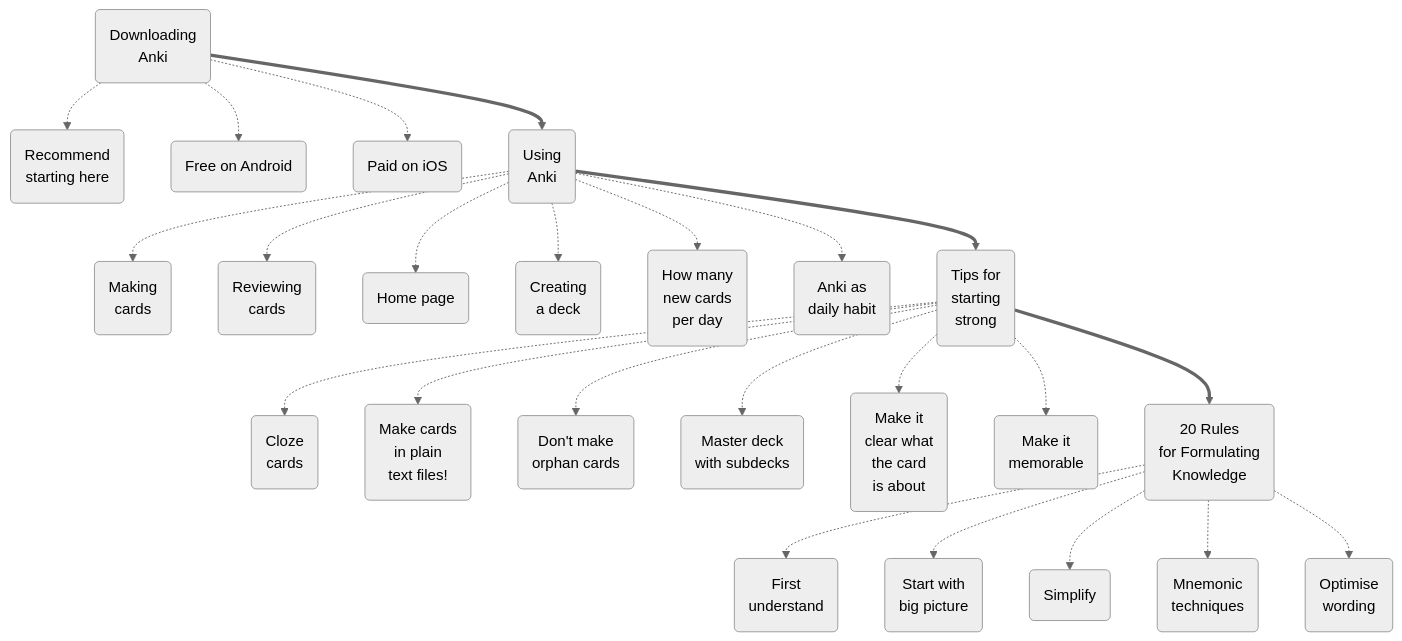
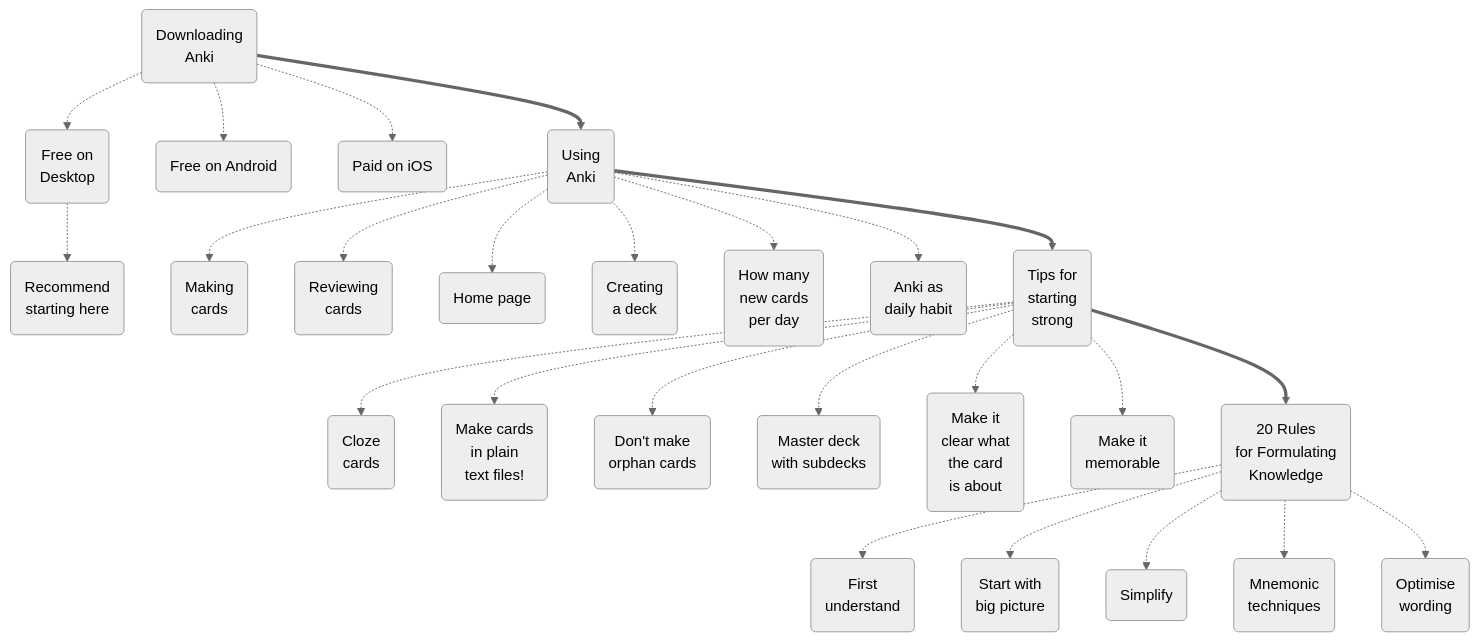
The diagram in _posts/2021-10-16-key3.md (alexanderklarge/alex-cayman-theme), drawn with Mermaid (neutral theme) before and after one commit. The commit also changed 3 other files, not shown here.

Commit message:
Fixed error in mermaid chart, and potentially fixed about page?

```diff
--- a/_posts/2021-10-16-key3.md
+++ b/_posts/2021-10-16-key3.md
@@ -14,56 +14,57 @@
 <div class="mermaid">
     graph TD
     id1(Downloading<br>Anki)
     id1_1(Free on<br>Desktop)
-    id1_1(Recommend<br>starting here)
+    id1_1_1(Recommend<br>starting here)
     id1_2(Free on Android)
     id1_3(Paid on iOS)
     
     id2(Using<br>Anki)
     id2_1(Making<br>cards)
     id2_2(Reviewing<br>cards)
     id2_3(Home page)
     id2_4(Creating<br>a deck)
     id2_5(How many<br>new cards<br>per day)
     id2_6(Anki as<br>daily habit)
     
     id3(Tips for<br>starting<br>strong)
     id3_1(Cloze<br>cards)
     id3_2(Make cards<br>in plain<br>text files!)
     id3_3(Don't make<br>orphan cards)
     id3_4(Master deck<br>with subdecks)
     id3_5(Make it<br>clear what<br>the card<br>is about)
     id3_6(Make it<br>memorable)
     
     id4(20 Rules<br>for Formulating<br>Knowledge)
     id4_1(First<br>understand)
     id4_2(Start with<br>big picture)
     id4_3(Simplify)
     id4_4(Mnemonic<br>techniques)
     id4_5(Optimise<br>wording)
     
     id1 -.-> id1_1 
+    id1_1 -.-> id1_1_1
     id1 -.-> id1_2
     id1 -.-> id1_3
     id1 ==> id2
     id2 -.-> id2_1
     id2 -.-> id2_2
     id2 -.-> id2_3
     id2 -.-> id2_4
     id2 -.-> id2_5
     id2 -.-> id2_6
     id2 ==> id3
     id3 -.-> id3_1
     id3 -.-> id3_2
     id3 -.-> id3_3
     id3 -.-> id3_4
     id3 -.-> id3_5
     id3 -.-> id3_6
     id3 ==> id4
     id4 -.-> id4_1
     id4 -.-> id4_2
     id4 -.-> id4_3
     id4 -.-> id4_4 
     id4 -.-> id4_5
 
 </div>
```
